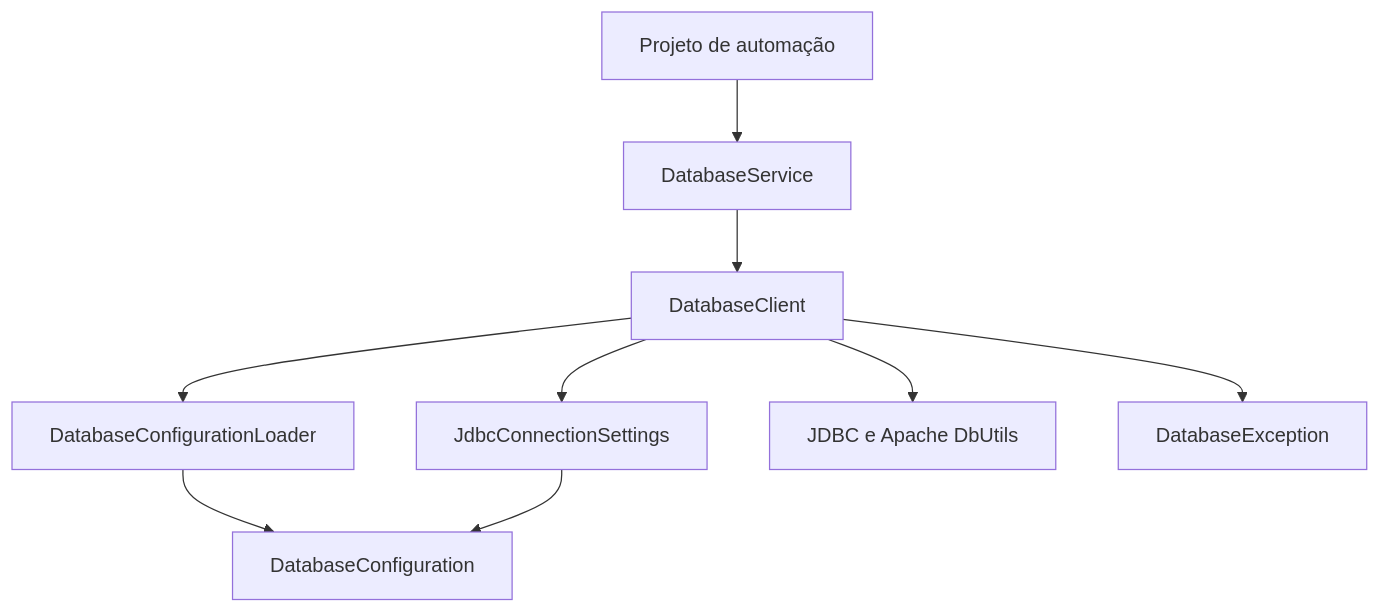
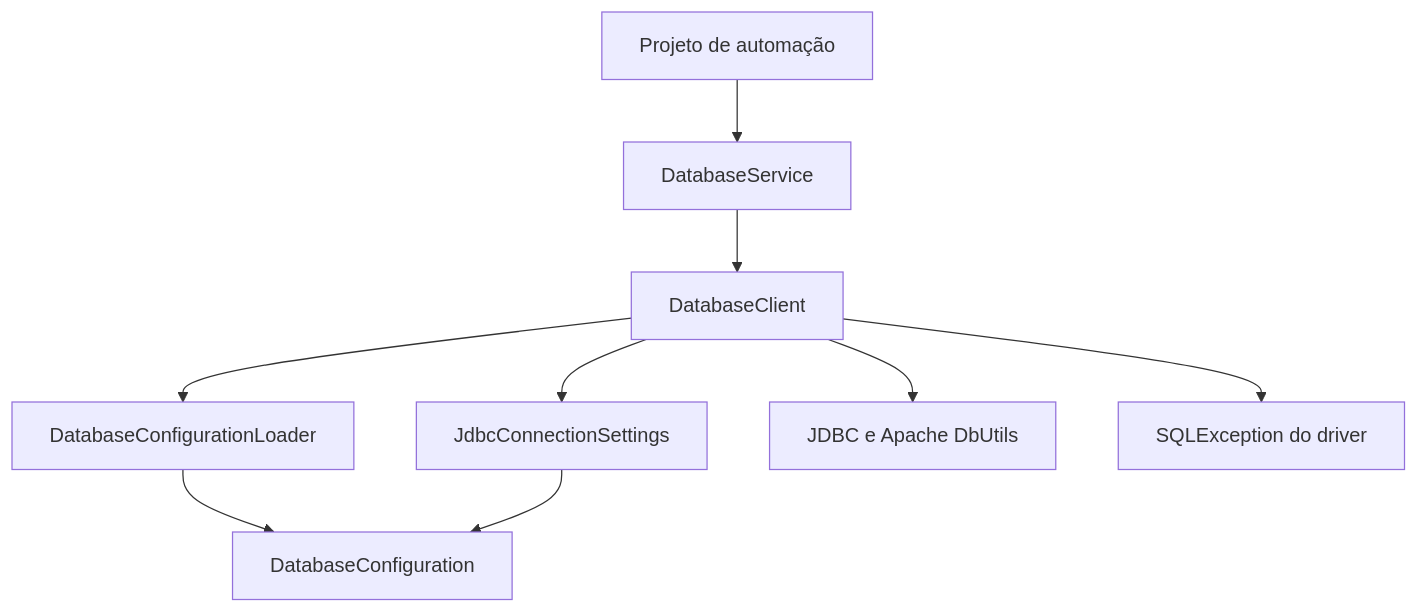
The diagram in docs/architecture.md (raialmeida/mindqa-db-commons), drawn with Mermaid before and after one commit. The commit also changed other lines of this file and 10 other files, not shown here.

Commit message:
feat(database)!: propaga SQLException original do driver

````diff
--- a/docs/architecture.md
+++ b/docs/architecture.md
@@ -99,11 +99,11 @@
 ```mermaid
 flowchart TD
     Consumer[Projeto de automação] --> Service[DatabaseService]
     Service --> Client[DatabaseClient]
     Client --> Loader[DatabaseConfigurationLoader]
     Loader --> Configuration[DatabaseConfiguration]
     Client --> Settings[JdbcConnectionSettings]
     Settings --> Configuration
     Client --> JDBC[JDBC e Apache DbUtils]
-    Client --> Error[DatabaseException]
+    Client --> Error[SQLException do driver]
 ```
````
